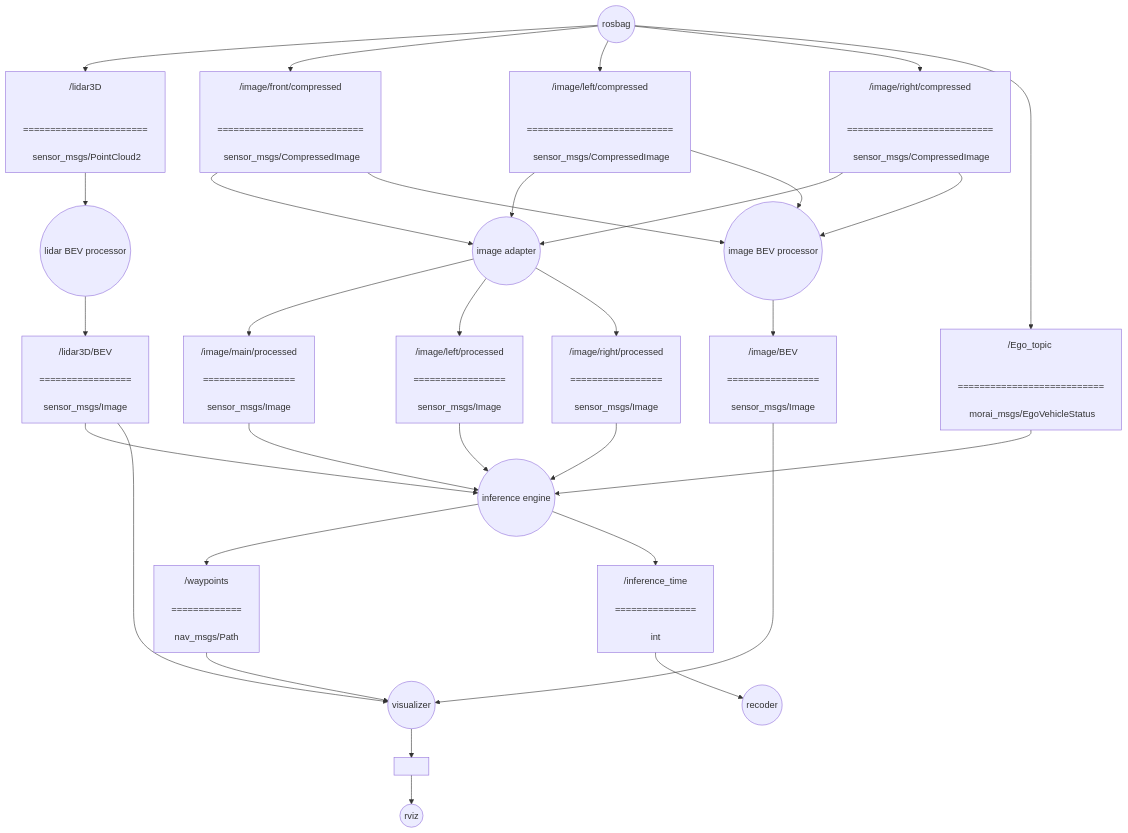
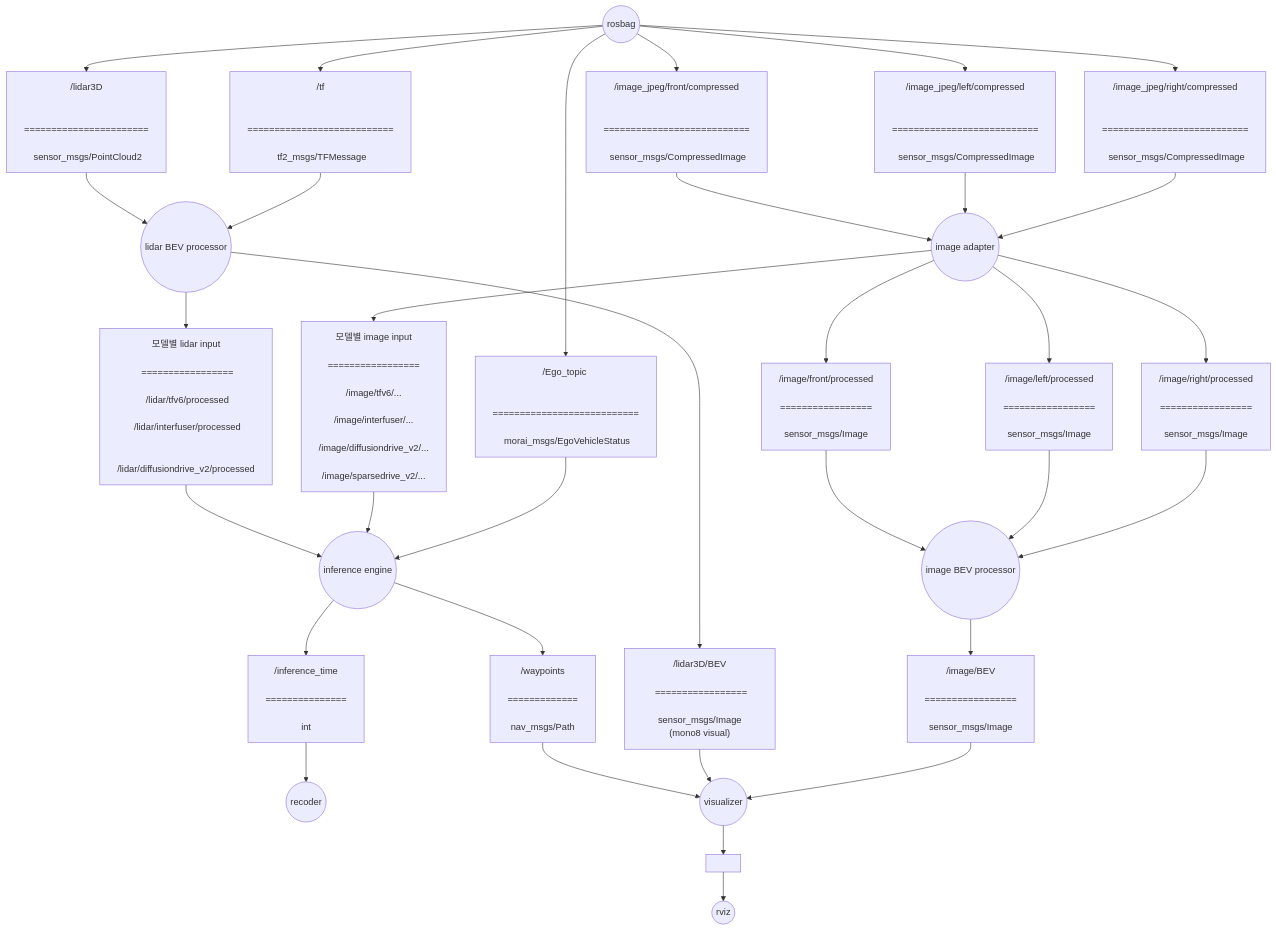
One commit to Team-Stier/E2E-OpenLoop-ROS-Validator changed the diagram in README.md. Above: the diagram before and after it, drawn with Mermaid. The commit also changed other lines of this file and 10 other files, not shown here.

```diff
--- a/README.md
+++ b/README.md
@@ -44,24 +42,28 @@
     A["/lidar3D
      \n =======================
      \n sensor_msgs/PointCloud2"]
-    B0["/image/front/compressed
+    B0["/image_jpeg/front/compressed
      \n ===========================
      \n sensor_msgs/CompressedImage"]
-    B1["/image/left/compressed
+    B1["/image_jpeg/left/compressed
      \n ===========================
      \n sensor_msgs/CompressedImage"]
-    B2["/image/right/compressed
+    B2["/image_jpeg/right/compressed
      \n ===========================
      \n sensor_msgs/CompressedImage"]
     C["/Ego_topic 
      \n ===========================
      \n morai_msgs/EgoVehicleStatus"]
+    T["/tf
+     \n ===========================
+     \n tf2_msgs/TFMessage"]
 
     rosbag-->A
     rosbag-->B0
     rosbag-->B1
     rosbag-->B2
     rosbag-->C
+    rosbag-->T
 
 
     D(("lidar BEV processor"))
@@ -72,14 +74,15 @@
     B0-->E
     B1-->E
     B2-->E
-    B0-->F
-    B1-->F
-    B2-->F
-
     G["/lidar3D/BEV
      \n =================
-     \n sensor_msgs/Image"]
-    H0["/image/main/processed
+     \n sensor_msgs/Image (mono8 visual)"]
+    GM["모델별 lidar input
+     \n =================
+     \n /lidar/tfv6/processed
+     \n /lidar/interfuser/processed
+     \n /lidar/diffusiondrive_v2/processed"]
+    H0["/image/front/processed
      \n =================
      \n sensor_msgs/Image"]
     H1["/image/left/processed
@@ -88,22 +91,32 @@
     H2["/image/right/processed
      \n =================
      \n sensor_msgs/Image"]
+    HM["모델별 image input
+     \n =================
+     \n /image/tfv6/...
+     \n /image/interfuser/...
+     \n /image/diffusiondrive_v2/...
+     \n /image/sparsedrive_v2/..."]
     I["/image/BEV
      \n =================
      \n sensor_msgs/Image"]
     
     D-->G
+    D-->GM
+    T-->D
     E-->H0
     E-->H1
     E-->H2
+    E-->HM
+    H0-->F
+    H1-->F
+    H2-->F
     F-->I
 
     J((inference engine))
 
-    G-->J
-    H0-->J
-    H1-->J
-    H2-->J
+    GM-->J
+    HM-->J
     C-->J
 
 
```
